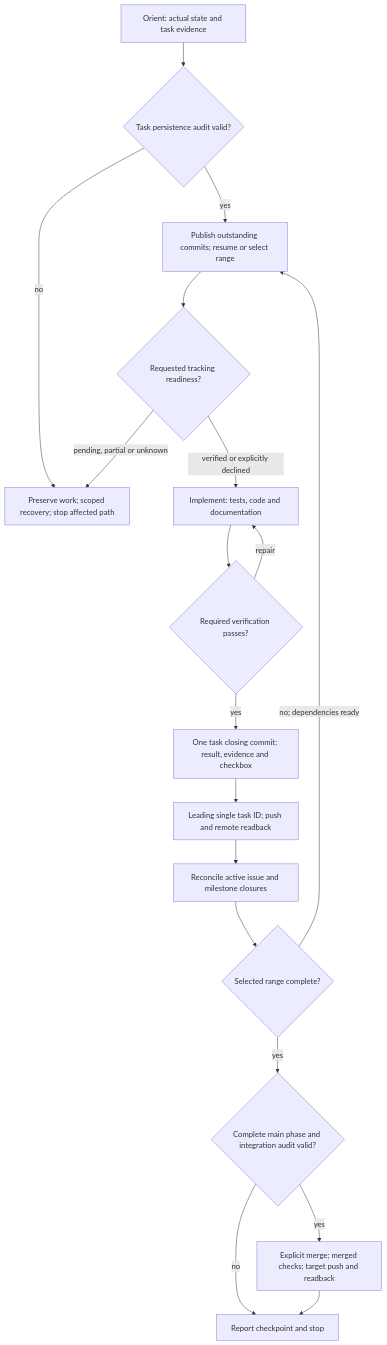
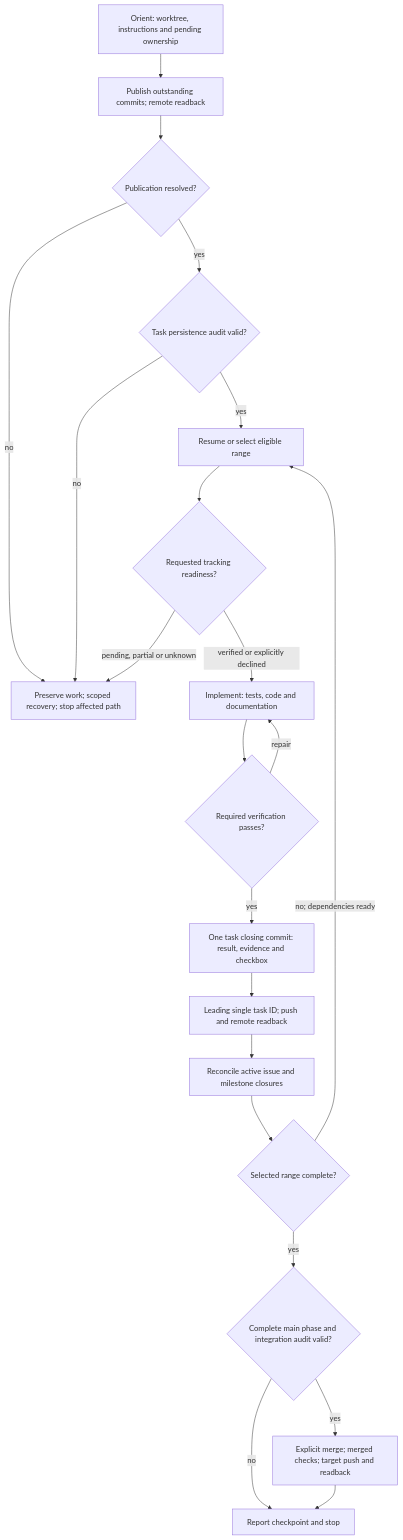
One commit to pchemguy/SDD-Manager changed the second of 4 diagrams in README.md. Above: the diagram before and after it, drawn with Mermaid. The commit also changed other lines of this file and 1 other file, not shown here.

Commit message:
Align implementation diagram with startup publication ordering (046 V-002)

````diff
--- a/README.md
+++ b/README.md
@@ -108,20 +108,23 @@
 ```mermaid
 flowchart TB
-    O["Orient: actual state and task evidence"] --> A{"Task persistence audit valid?"}
-    A -->|"no"| X["Preserve work; scoped recovery; stop affected path"]
-    A -->|"yes"| I["Publish outstanding commits; resume or select range"]
-    I --> H{"Requested tracking readiness?"}
+    O["Orient: worktree, instructions and pending ownership"] --> I["Publish outstanding commits; remote readback"]
+    I --> Q{"Publication resolved?"}
+    Q -->|"no"| X["Preserve work; scoped recovery; stop affected path"]
+    Q -->|"yes"| A{"Task persistence audit valid?"}
+    A -->|"no"| X
+    A -->|"yes"| S["Resume or select eligible range"]
+    S --> H{"Requested tracking readiness?"}
     H -->|"pending, partial or unknown"| X
     H -->|"verified or explicitly declined"| T["Implement: tests, code and documentation"]
     T --> V{"Required verification passes?"}
     V -->|"repair"| T
     V -->|"yes"| C["One task closing commit: result, evidence and checkbox"]
     C --> P["Leading single task ID; push and remote readback"]
     P --> F["Reconcile active issue and milestone closures"]
     F --> B{"Selected range complete?"}
-    B -->|"no; dependencies ready"| I
+    B -->|"no; dependencies ready"| S
     B -->|"yes"| G{"Complete main phase and integration audit valid?"}
     G -->|"no"| E["Report checkpoint and stop"]
     G -->|"yes"| M["Explicit merge; merged checks; target push and readback"]
     M --> E
 ```
````
